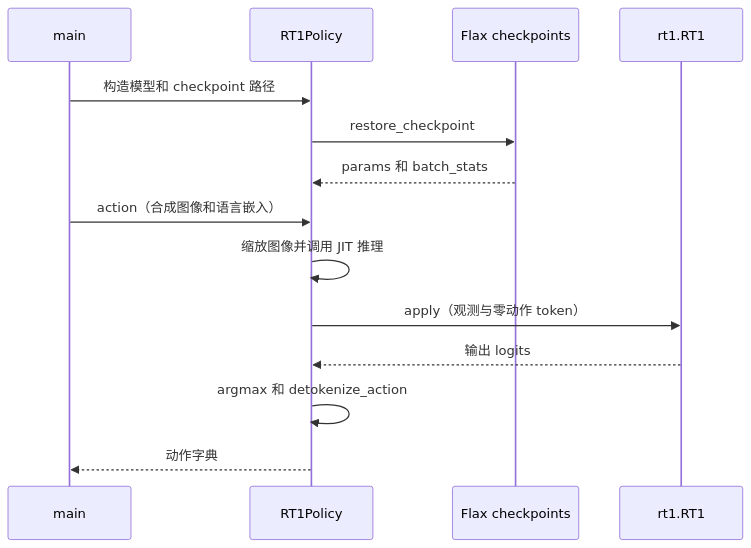
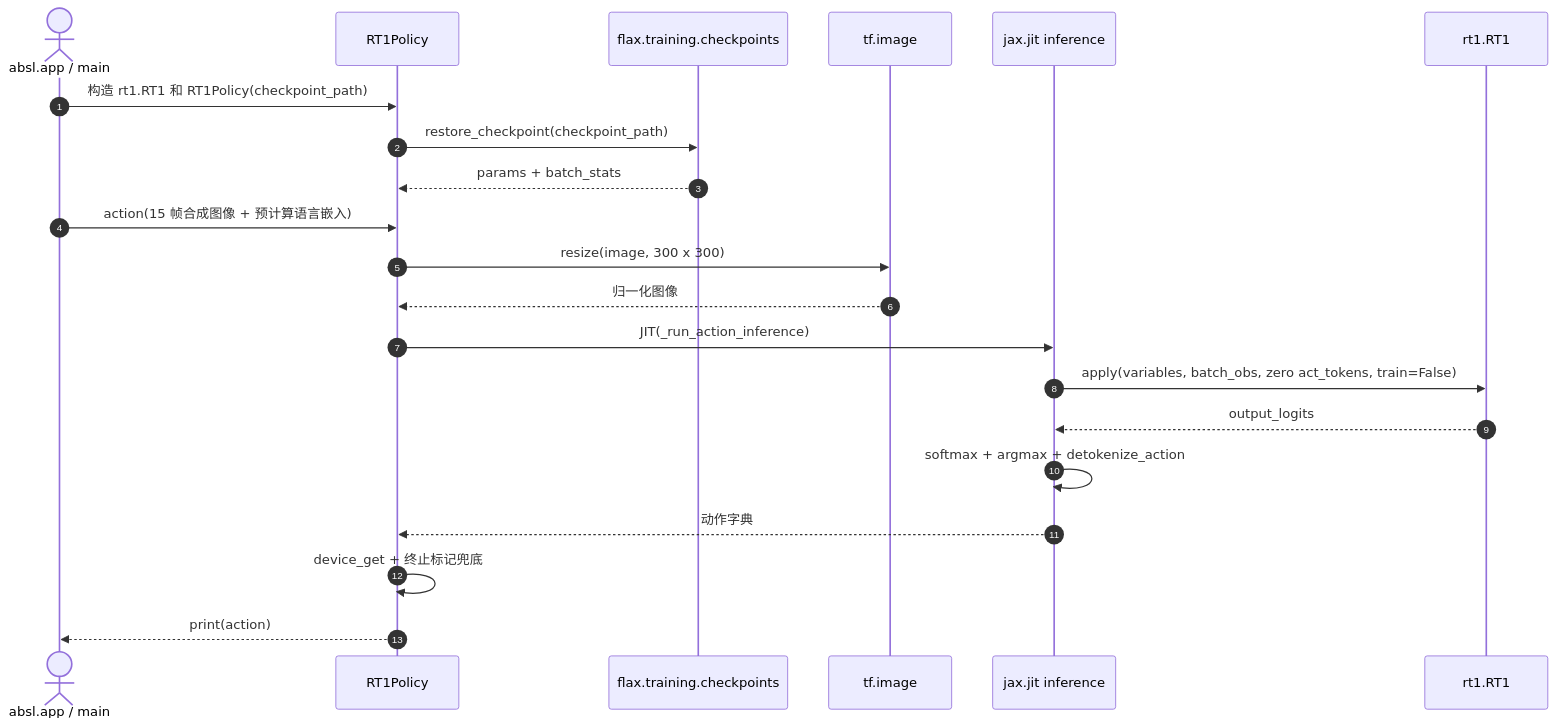
One commit to ImChong/Robotics_Notebooks changed the second of 2 diagrams in wiki/entities/paper-open-x-embodiment.md. Above: the diagram before and after it, drawn with Mermaid. The commit also changed other lines of this file, not shown here.

Commit message:
[2026-11-08] ingest | wiki/entities/paper-open-x-embodiment.md — 深读 v9 并完善双 Mermaid、实验与开源边界

````diff
--- a/wiki/entities/paper-open-x-embodiment.md
+++ b/wiki/entities/paper-open-x-embodiment.md
@@ -96,16 +123,23 @@
 ```mermaid
 sequenceDiagram
-  participant Main as main
+  autonumber
+  actor CLI as absl.app / main
   participant Policy as RT1Policy
-  participant CK as Flax checkpoints
-  participant Model as rt1.RT1
-  Main->>Policy: 构造模型和 checkpoint 路径
-  Policy->>CK: restore_checkpoint
-  CK-->>Policy: params 和 batch_stats
-  Main->>Policy: action（合成图像和语言嵌入）
-  Policy->>Policy: 缩放图像并调用 JIT 推理
-  Policy->>Model: apply（观测与零动作 token）
-  Model-->>Policy: 输出 logits
-  Policy->>Policy: argmax 和 detokenize_action
-  Policy-->>Main: 动作字典
+  participant Flax as flax.training.checkpoints
+  participant TF as tf.image
+  participant JAX as jax.jit inference
+  participant RT1 as rt1.RT1
+  CLI->>Policy: 构造 rt1.RT1 和 RT1Policy(checkpoint_path)
+  Policy->>Flax: restore_checkpoint(checkpoint_path)
+  Flax-->>Policy: params + batch_stats
+  CLI->>Policy: action(15 帧合成图像 + 预计算语言嵌入)
+  Policy->>TF: resize(image, 300 x 300)
+  TF-->>Policy: 归一化图像
+  Policy->>JAX: JIT(_run_action_inference)
+  JAX->>RT1: apply(variables, batch_obs, zero act_tokens, train=False)
+  RT1-->>JAX: output_logits
+  JAX->>JAX: softmax + argmax + detokenize_action
+  JAX-->>Policy: 动作字典
+  Policy->>Policy: device_get + 终止标记兜底
+  Policy-->>CLI: print(action)
 ```
````
